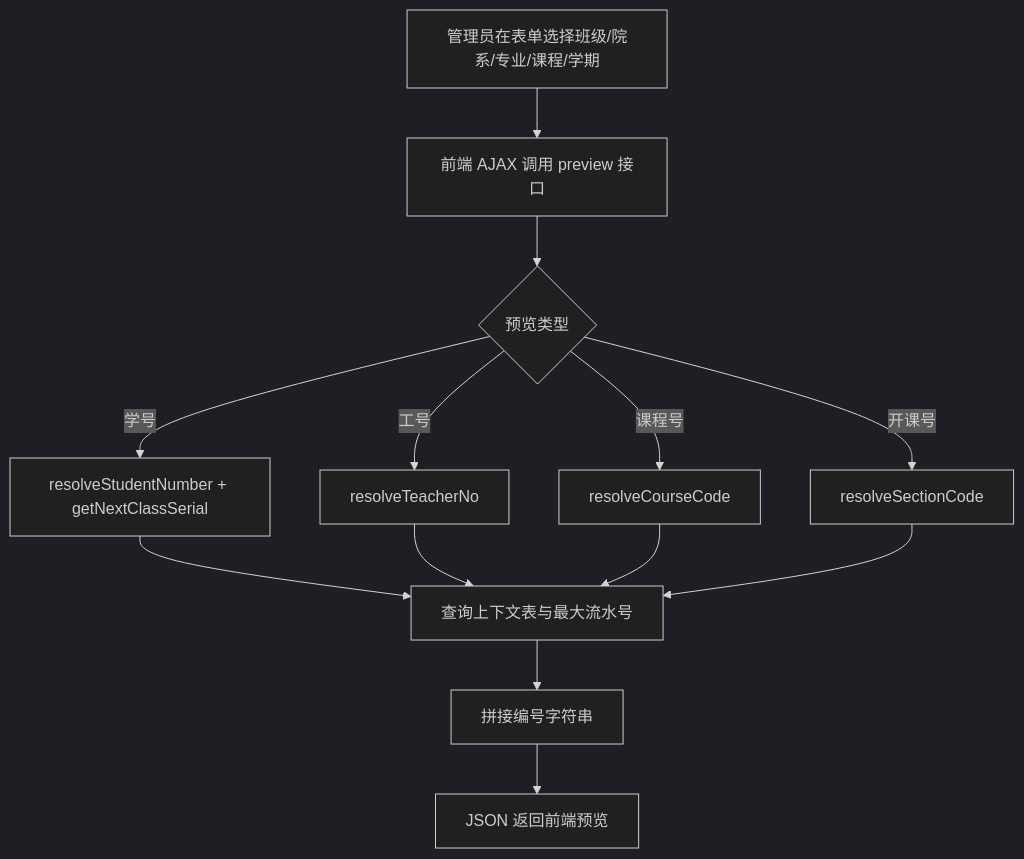
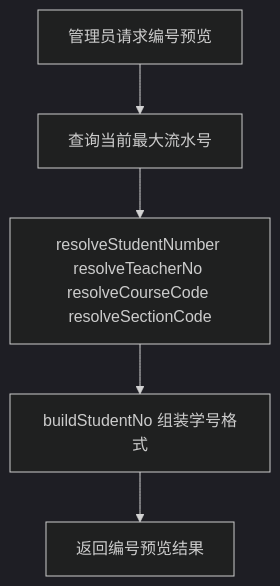
One commit to llkww/jiaoxue changed diagram 18 of 29 in docs/系统设计说明.md. Above: the diagram before and after it, drawn with Mermaid (dark theme). The commit also changed other lines of this file and 1 other file, not shown here.

````diff
--- a/docs/系统设计说明.md
+++ b/docs/系统设计说明.md
@@ -988,15 +969,7 @@
 ```mermaid
 flowchart TD
-  A[管理员在表单选择班级/院系/专业/课程/学期] --> B[前端 AJAX 调用 preview 接口]
-  B --> C{预览类型}
-  C -- 学号 --> D[resolveStudentNumber + getNextClassSerial]
-  C -- 工号 --> E[resolveTeacherNo]
-  C -- 课程号 --> F[resolveCourseCode]
-  C -- 开课号 --> G[resolveSectionCode]
-  D --> H[查询上下文表与最大流水号]
-  E --> H
-  F --> H
-  G --> H
-  H --> I[拼接编号字符串]
-  I --> J[JSON 返回前端预览]
+  A[管理员请求编号预览] --> B[查询当前最大流水号]
+  B --> C[resolveStudentNumber resolveTeacherNo resolveCourseCode resolveSectionCode]
+  C --> D[buildStudentNo 组装学号格式]
+  D --> E[返回编号预览结果]
 ```
````
